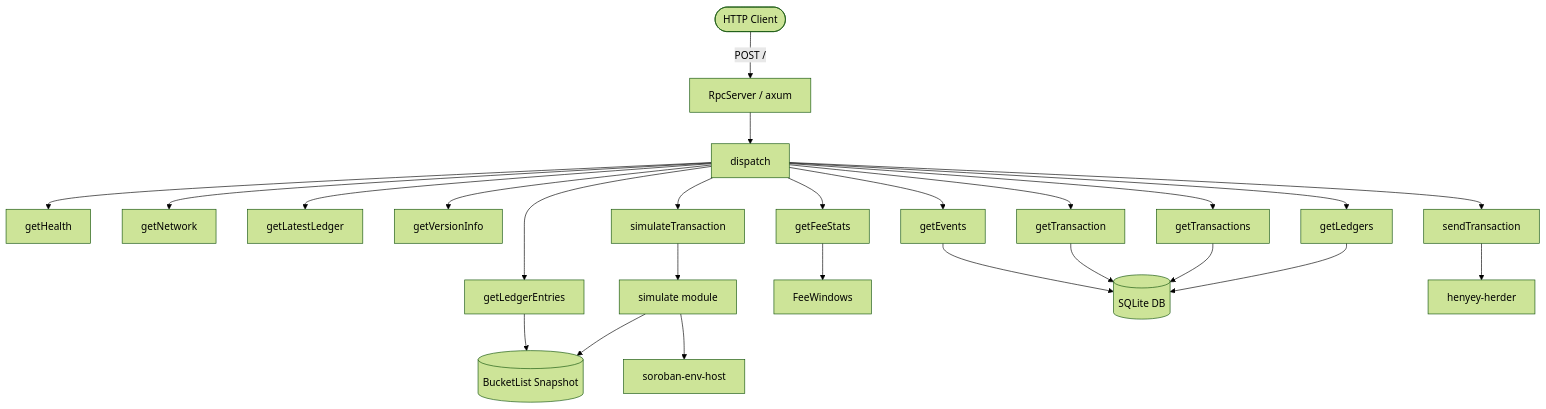
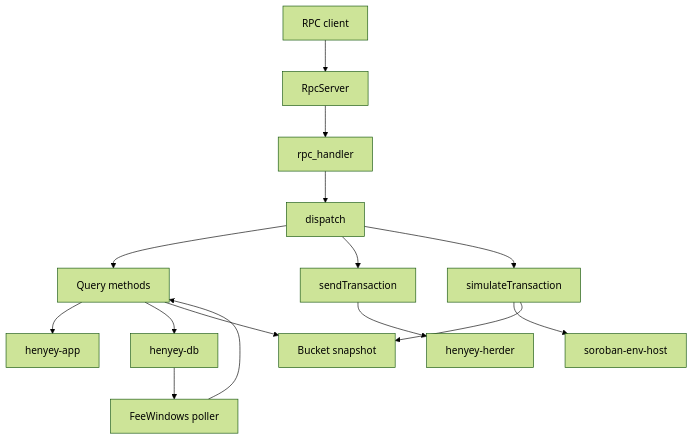
The diagram in crates/rpc/README.md (stellar-experimental/henyey), drawn with Mermaid (forest theme) before and after one commit. The commit also changed other lines of this file and 89 other files, not shown here.

````diff
--- a/crates/rpc/README.md
+++ b/crates/rpc/README.md
@@ -23,28 +11,17 @@
 ```mermaid
 flowchart TD
-    Client([HTTP Client]) -->|POST /| Server[RpcServer / axum]
-    Server --> Dispatch[dispatch]
-    Dispatch --> Health[getHealth]
-    Dispatch --> Network[getNetwork]
-    Dispatch --> LatestLedger[getLatestLedger]
-    Dispatch --> VersionInfo[getVersionInfo]
-    Dispatch --> FeeStats[getFeeStats]
-    Dispatch --> GetEntries[getLedgerEntries]
-    Dispatch --> GetTx[getTransaction]
-    Dispatch --> GetTxs[getTransactions]
-    Dispatch --> GetLedgers[getLedgers]
-    Dispatch --> GetEvents[getEvents]
-    Dispatch --> SendTx[sendTransaction]
-    Dispatch --> SimTx[simulateTransaction]
-
-    GetEntries --> BucketSnapshot[(BucketList Snapshot)]
-    SimTx --> Simulate[simulate module]
-    Simulate --> SorobanHost[soroban-env-host]
-    Simulate --> BucketSnapshot
-    FeeStats --> FeeWindows[FeeWindows]
-    GetEvents --> DB[(SQLite DB)]
-    GetTx --> DB
-    GetTxs --> DB
-    GetLedgers --> DB
-    SendTx --> Herder[henyey-herder]
+    Client[RPC client] --> Server[RpcServer]
+    Server --> Handler[rpc_handler]
+    Handler --> Dispatch[dispatch]
+    Dispatch --> Query[Query methods]
+    Dispatch --> Submit[sendTransaction]
+    Dispatch --> Simulate[simulateTransaction]
+    Query --> App[henyey-app]
+    Query --> DB[henyey-db]
+    Query --> Snapshot[Bucket snapshot]
+    Submit --> Herder[henyey-herder]
+    Simulate --> Host[soroban-env-host]
+    Simulate --> Snapshot
+    DB --> Fees[FeeWindows poller]
+    Fees --> Query
 ```
````
